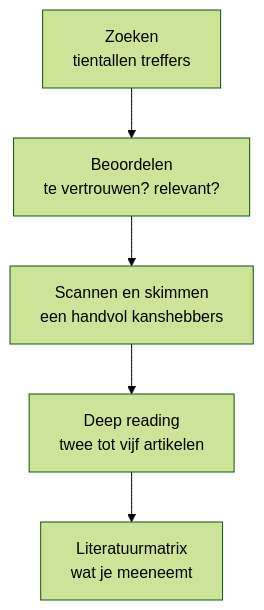
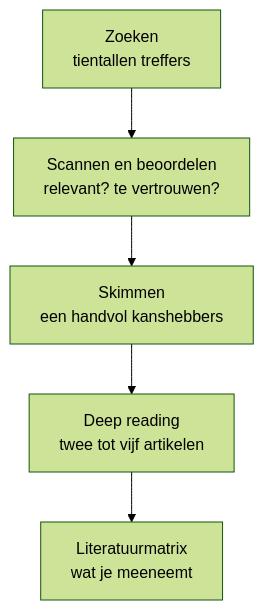
Before and after one commit to Coderius-Education/docs: the diagram in sites/wo/onderzoek/docs/literatuurstudie/van-zoeken-tot-lezen.mdx, drawn with Mermaid (forest theme). The commit also changed other lines of this file and 7 other files, not shown here.

````diff
--- a/sites/wo/onderzoek/docs/literatuurstudie/van-zoeken-tot-lezen.mdx
+++ b/sites/wo/onderzoek/docs/literatuurstudie/van-zoeken-tot-lezen.mdx
@@ -11,9 +11,9 @@
 ```mermaid
 flowchart TD
     Z["Zoeken<br/>tientallen treffers"]
-    B["Beoordelen<br/>te vertrouwen? relevant?"]
-    S["Scannen en skimmen<br/>een handvol kanshebbers"]
+    S["Scannen en beoordelen<br/>relevant? te vertrouwen?"]
+    K["Skimmen<br/>een handvol kanshebbers"]
     D["Deep reading<br/>twee tot vijf artikelen"]
     M["Literatuurmatrix<br/>wat je meeneemt"]
-    Z --> B --> S --> D --> M
+    Z --> S --> K --> D --> M
 ```
````
